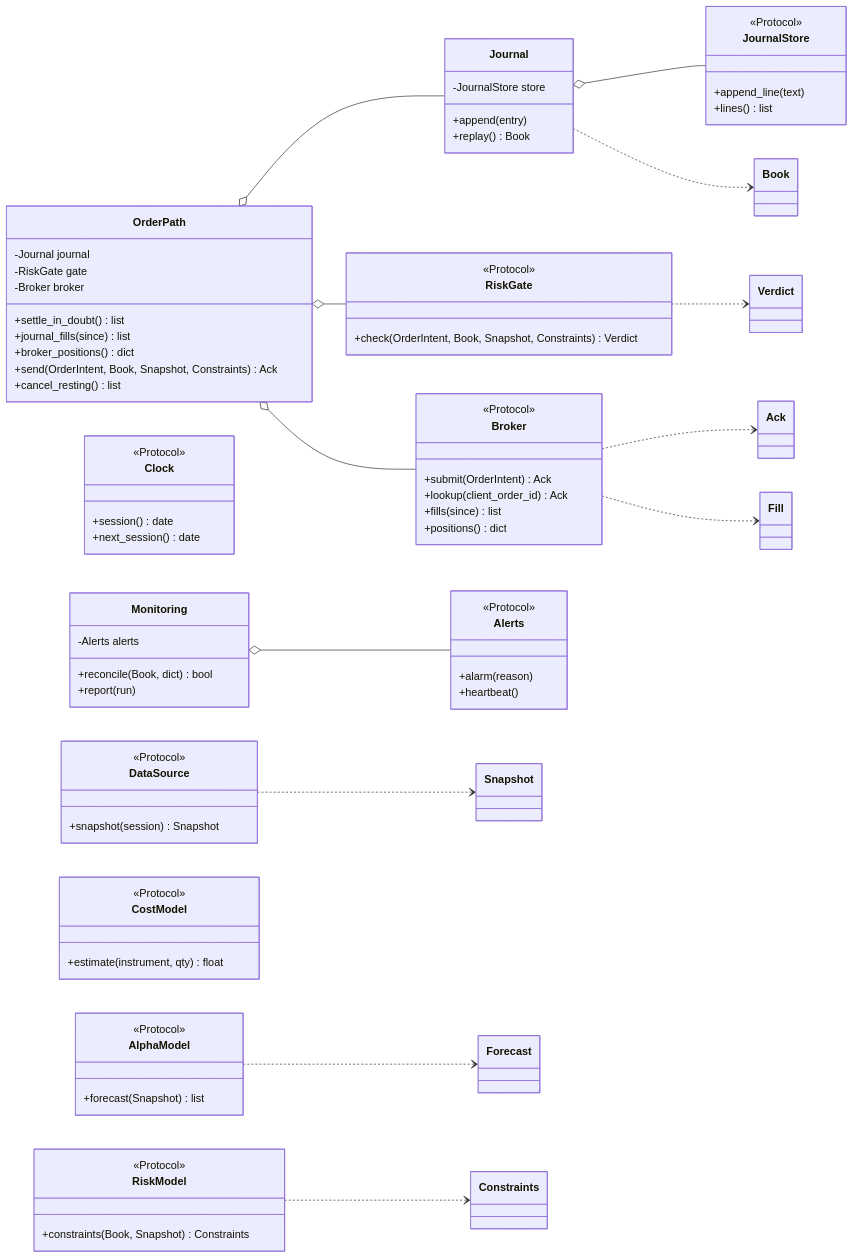
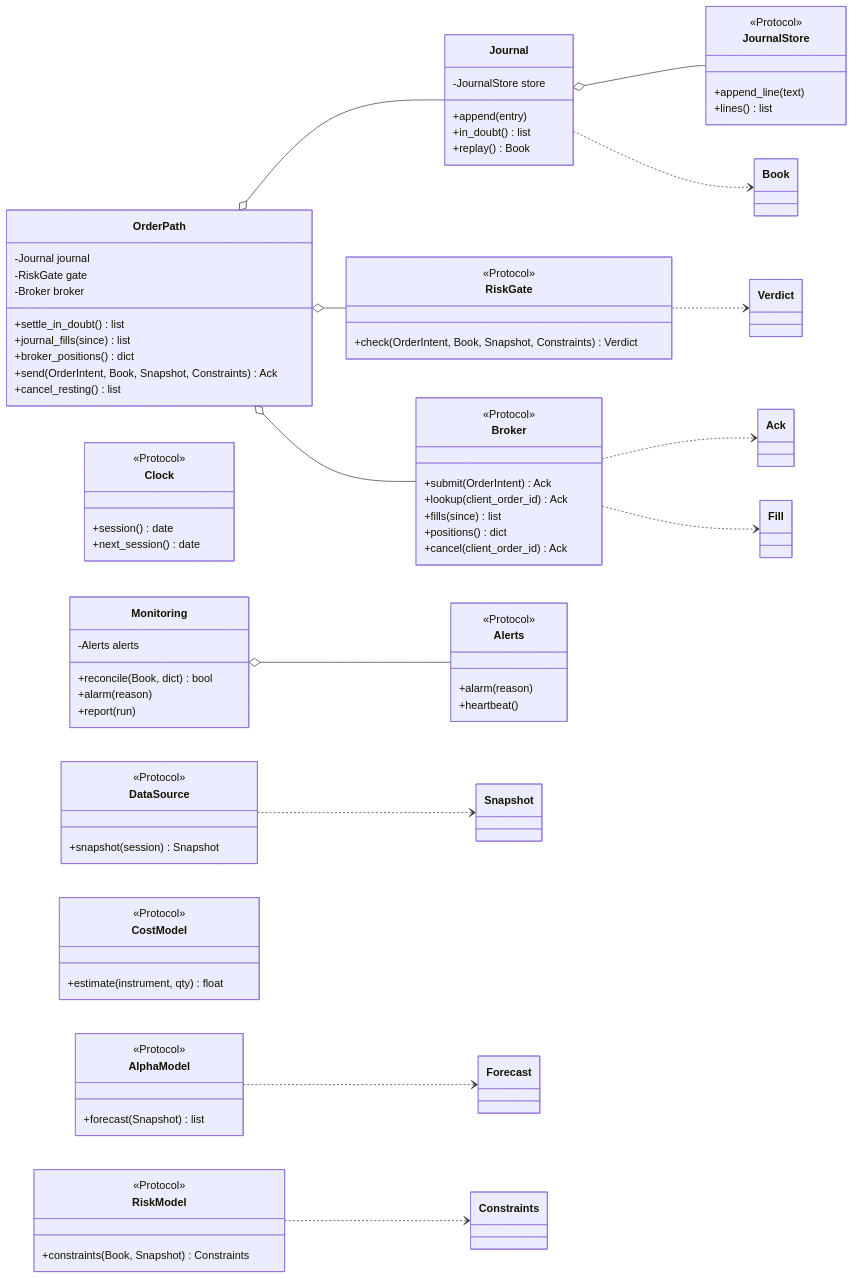
Before and after one commit to l3a0/ithildin-runtime: diagram 11 of 16 in docs/architecture.md, drawn with Mermaid. The commit also changed other lines of this file, not shown here.

First line of the commit message:
docs(architecture): fix what the third review round found

```diff
--- a/docs/architecture.md
+++ b/docs/architecture.md
@@ -718,6 +724,7 @@
         +lookup(client_order_id) Ack
         +fills(since) list
         +positions() dict
+        +cancel(client_order_id) Ack
     }
     class AlphaModel {
         <<Protocol>>
@@ -748,6 +755,7 @@
     class Journal {
         -JournalStore store
         +append(entry)
+        +in_doubt() list
         +replay() Book
     }
     class OrderPath {
@@ -763,6 +771,7 @@
     class Monitoring {
         -Alerts alerts
         +reconcile(Book, dict) bool
+        +alarm(reason)
         +report(run)
     }
 
```
